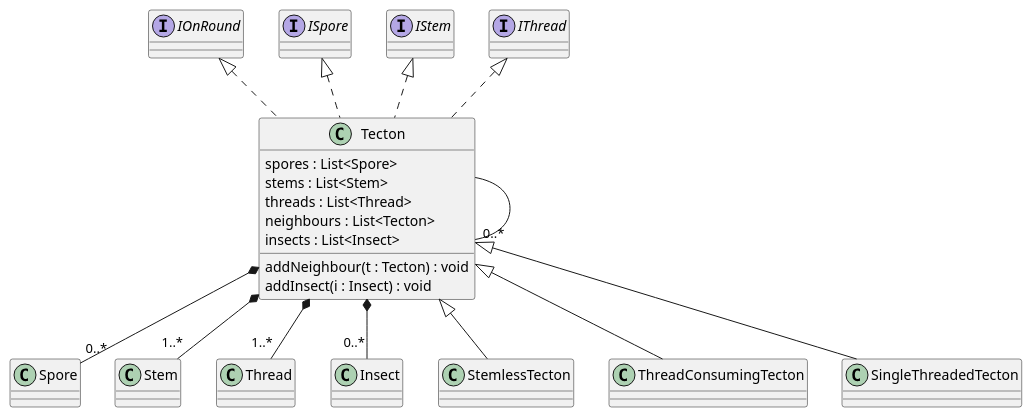
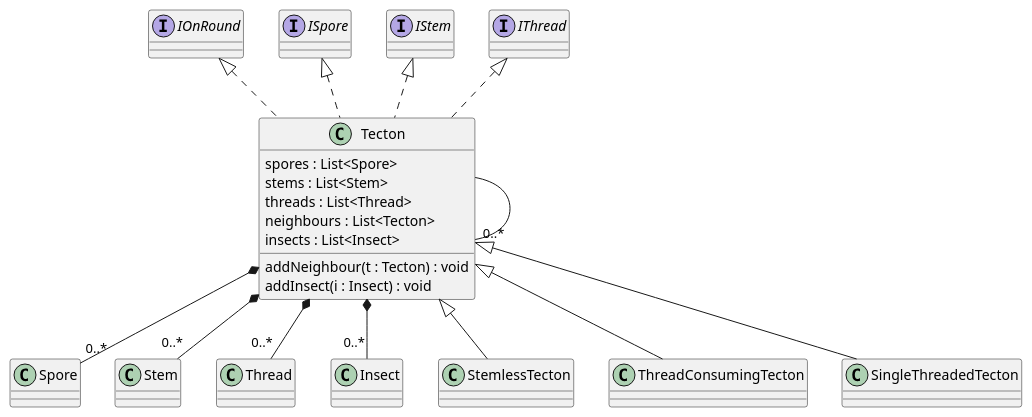
Before and after one commit to Petya-G/fungorium: the diagram in 5/classes/map/tecton.puml, drawn with PlantUML. The commit also changed 1 other file, not shown here.

```diff
--- a/5/classes/map/tecton.puml
+++ b/5/classes/map/tecton.puml
@@ -1,21 +1,21 @@
 @startuml tecton
 
 Tecton *-- "0..*" Spore
-Tecton *-- "1..*" Stem
-Tecton *-- "1..*" Thread
+Tecton *-- "0..*" Stem
+Tecton *-- "0..*" Thread
 Tecton *-- "0..*" Insect
 Tecton --- "0..*" Tecton
 class Tecton implements IOnRound, ISpore, IStem, IThread{
     spores : List<Spore>
     stems : List<Stem>
     threads : List<Thread>
     neighbours : List<Tecton>
     insects : List<Insect>
     addNeighbour(t : Tecton) : void
     addInsect(i : Insect) : void
 }
 
 class StemlessTecton extends Tecton {}
 class ThreadConsumingTecton extends Tecton {}
 class SingleThreadedTecton extends Tecton {}
 @enduml
```
